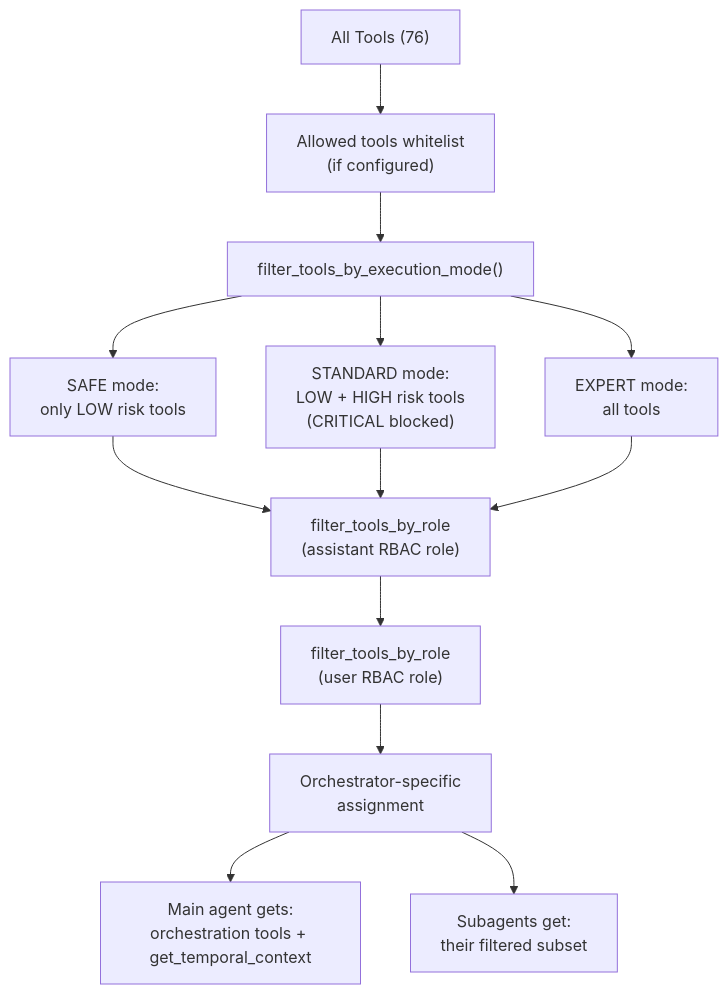
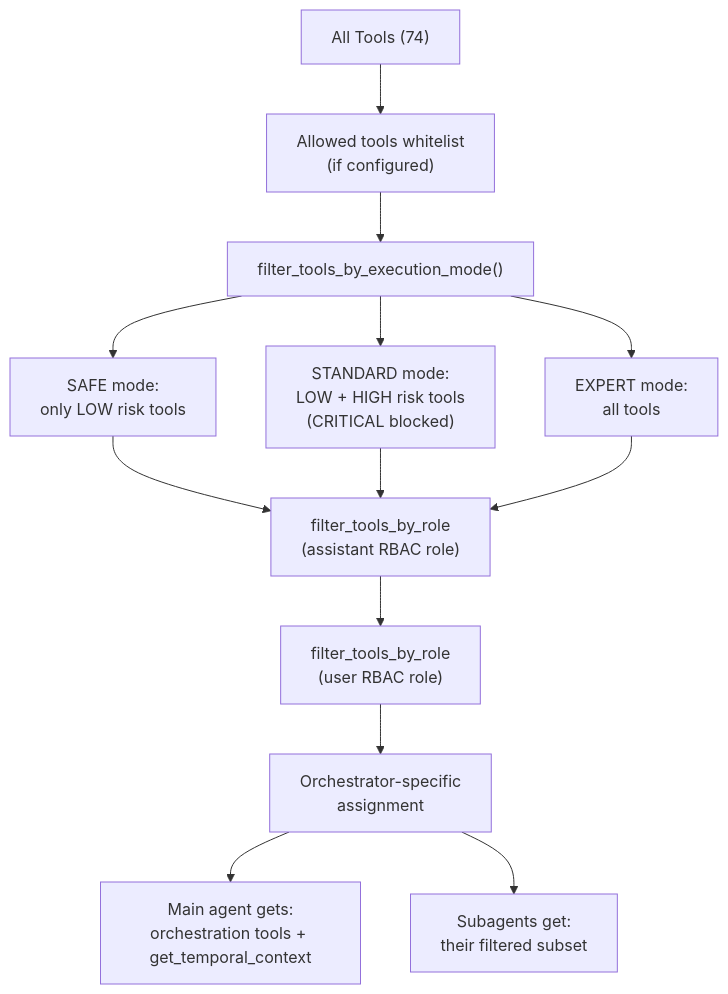
The second of 4 diagrams in docs/02-architecture/ai/agent-common-concepts.md (ogghst/backcast), drawn with Mermaid before and after one commit. The commit also changed other lines of this file and 1 other file, not shown here.

First line of the commit message:
docs: sync AI architecture docs with actual codebase

````diff
--- a/docs/02-architecture/ai/agent-common-concepts.md
+++ b/docs/02-architecture/ai/agent-common-concepts.md
@@ -272,16 +272,16 @@
 ```mermaid
 flowchart TD
-    All["All Tools (76)"]
+    All["All Tools (74)"]
     All --> AT["Allowed tools whitelist\n(if configured)"]
     AT --> EM["filter_tools_by_execution_mode()"]
     EM --> SAFE["SAFE mode:\nonly LOW risk tools"]
     EM --> STD["STANDARD mode:\nLOW + HIGH risk tools\n(CRITICAL blocked)"]
     EM --> EXP["EXPERT mode:\nall tools"]
     SAFE --> AR["filter_tools_by_role\n(assistant RBAC role)"]
     STD --> AR
     EXP --> AR
     AR --> UR["filter_tools_by_role\n(user RBAC role)"]
     UR --> SA["Orchestrator-specific\nassignment"]
     SA --> MA["Main agent gets:\norchestration tools + get_temporal_context"]
     SA --> SUB["Subagents get:\ntheir filtered subset"]
 ```
````
